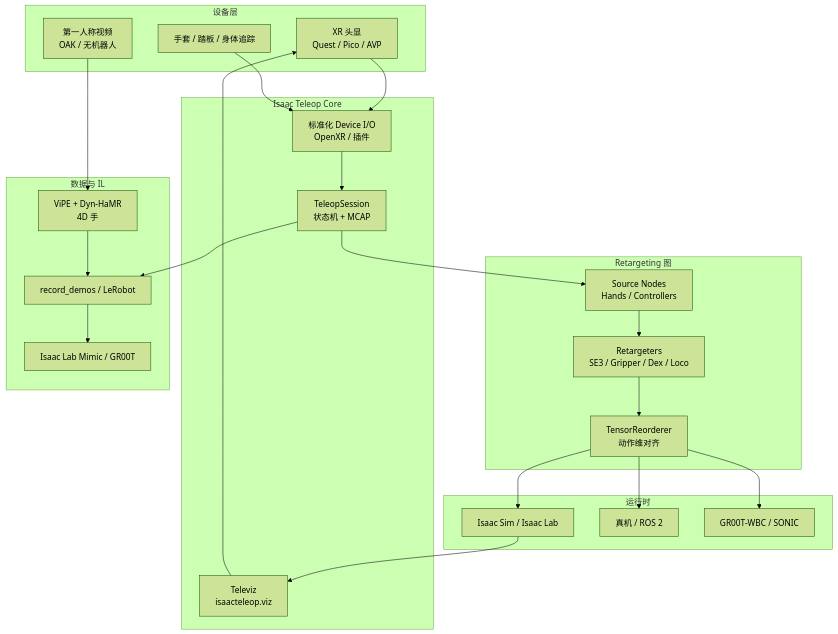
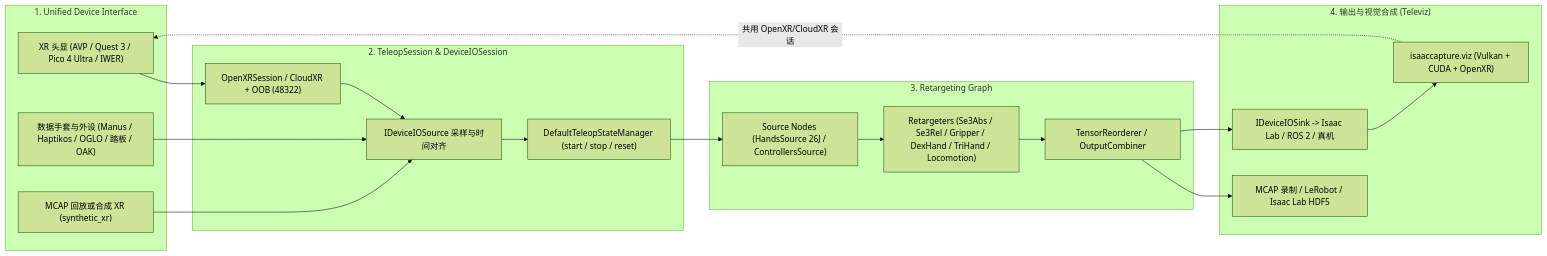
Before and after one commit to ImChong/Robotics_Notebooks: the first of 2 diagrams in wiki/entities/isaac-teleop.md, drawn with Mermaid (forest theme). The commit also changed other lines of this file and 51 other files, not shown here.

````diff
--- a/wiki/entities/isaac-teleop.md
+++ b/wiki/entities/isaac-teleop.md
@@ -70,41 +74,32 @@
 ```mermaid
-flowchart TB
-  subgraph devices [设备层]
-    XR[XR 头显\nQuest / Pico / AVP]
-    GLOVE[手套 / 踏板 / 身体追踪]
-    EGO[第一人称视频\nOAK / 无机器人]
-  end
-  subgraph teleop_core [Isaac Teleop Core]
-    DEVIO[标准化 Device I/O\nOpenXR / 插件]
-    SESS[TeleopSession\n状态机 + MCAP]
-    VIZ[Televiz\nisaacteleop.viz]
-  end
-  subgraph graph [Retargeting 图]
-    SRC[Source Nodes\nHands / Controllers]
-    RT[Retargeters\nSE3 / Gripper / Dex / Loco]
-    TR[TensorReorderer\n动作维对齐]
-  end
-  subgraph runtimes [运行时]
-    SIM[Isaac Sim / Isaac Lab]
-    REAL[真机 / ROS 2]
-    SONIC[GR00T-WBC / SONIC]
-  end
-  subgraph data [数据与 IL]
-    DEMO[record_demos / LeRobot]
-    HAND[ViPE + Dyn-HaMR\n4D 手]
-    IL[Isaac Lab Mimic / GR00T]
-  end
-  XR --> DEVIO
-  GLOVE --> DEVIO
-  EGO --> HAND
-  DEVIO --> SESS
-  SESS --> SRC
-  SRC --> RT --> TR
-  TR --> SIM
-  TR --> REAL
-  TR --> SONIC
-  SESS --> DEMO --> IL
-  HAND --> DEMO
-  VIZ --> XR
-  SIM --> VIZ
+flowchart LR
+    subgraph Devices["1. Unified Device Interface"]
+        XR["XR 头显 (AVP / Quest 3 / Pico 4 Ultra / IWER)"]
+        Glove["数据手套与外设 (Manus / Haptikos / OGLO / 踏板 / OAK)"]
+        McapIn["MCAP 回放或合成 XR (synthetic_xr)"]
+    end
+    subgraph Session["2. TeleopSession & DeviceIOSession"]
+        OXR["OpenXRSession / CloudXR + OOB (48322)"]
+        Poll["IDeviceIOSource 采样与时间对齐"]
+        FSM["DefaultTeleopStateManager (start / stop / reset)"]
+    end
+    subgraph Graph["3. Retargeting Graph"]
+        Src["Source Nodes (HandsSource 26J / ControllersSource)"]
+        Ret["Retargeters (Se3Abs / Se3Rel / Gripper / DexHand / TriHand / Locomotion)"]
+        Out["TensorReorderer / OutputCombiner"]
+    end
+    subgraph Consumers["4. 输出与视觉合成 (Televiz)"]
+        Rec["MCAP 录制 / LeRobot / Isaac Lab HDF5"]
+        SimReal["IDeviceIOSink -> Isaac Lab / ROS 2 / 真机"]
+        Viz["isaaccapture.viz (Vulkan + CUDA + OpenXR)"]
+    end
+
+    XR --> OXR --> Poll
+    Glove --> Poll
+    McapIn --> Poll
+    Poll --> FSM --> Src --> Ret --> Out
+    Out --> Rec
+    Out --> SimReal
+    SimReal --> Viz
+    Viz -.->|"共用 OpenXR/CloudXR 会话"| XR
 ```
````
